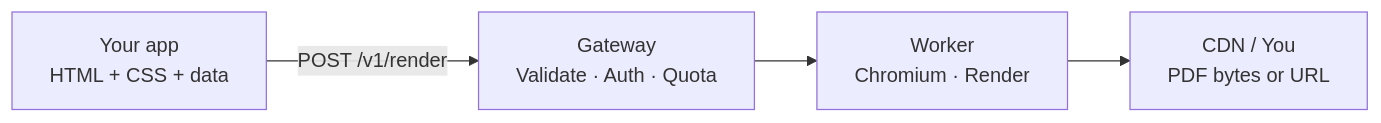
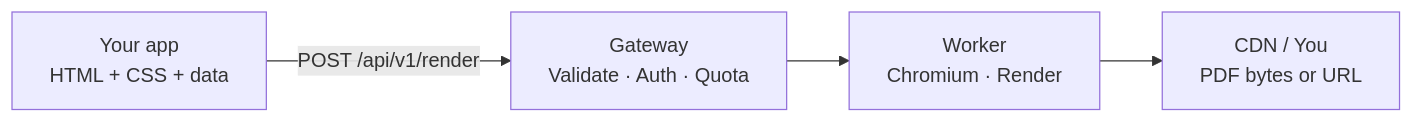
Before and after one commit to UpperM/rendio-docs: the diagram in concepts/how-it-works.mdx, drawn with Mermaid. The commit also changed other lines of this file and 19 other files, not shown here.

````diff
--- a/concepts/how-it-works.mdx
+++ b/concepts/how-it-works.mdx
@@ -13,6 +13,6 @@
 ```mermaid
 flowchart LR
-  A["Your app\nHTML + CSS + data"] -->|POST /v1/render| B["Gateway\nValidate · Auth · Quota"]
+  A["Your app\nHTML + CSS + data"] -->|POST /api/v1/render| B["Gateway\nValidate · Auth · Quota"]
   B --> C["Worker\nChromium · Render"]
   C --> D["CDN / You\nPDF bytes or URL"]
 ```
````
